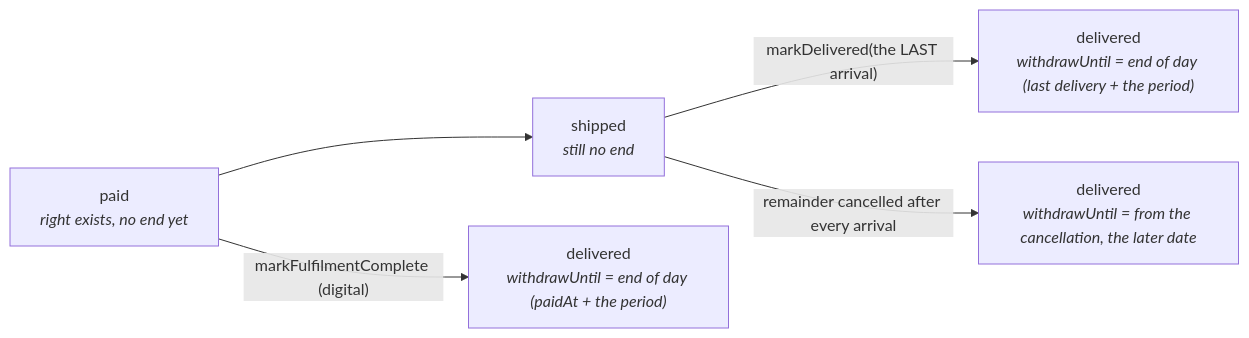
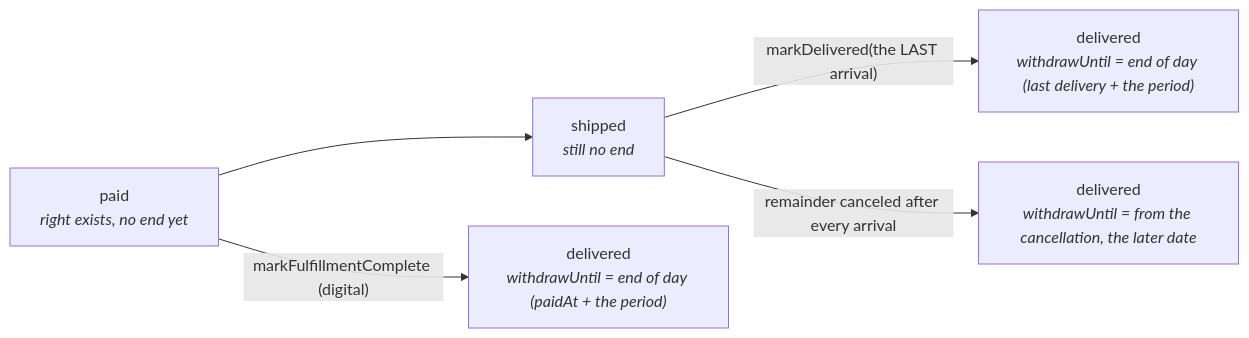
Before and after one commit to Guebbit/boilerplate-node-backend: the seventh of 9 diagrams in docs/modules/orders.md, drawn with Mermaid. The commit also changed other lines of this file and 301 other files, not shown here.

````diff
--- a/docs/modules/orders.md
+++ b/docs/modules/orders.md
@@ -579,7 +579,7 @@
 ```mermaid
 flowchart LR
     paid["paid<br/><i>right exists, no end yet</i>"] --> shipped["shipped<br/><i>still no end</i>"]
     shipped -- "markDelivered(the LAST arrival)" --> goods["delivered<br/><i>withdrawUntil = end of day (last delivery + the period)</i>"]
-    paid -- "markFulfilmentComplete (digital)" --> digital["delivered<br/><i>withdrawUntil = end of day (paidAt + the period)</i>"]
-    shipped -- "remainder cancelled after every arrival" --> late["delivered<br/><i>withdrawUntil = from the cancellation, the later date</i>"]
+    paid -- "markFulfillmentComplete (digital)" --> digital["delivered<br/><i>withdrawUntil = end of day (paidAt + the period)</i>"]
+    shipped -- "remainder canceled after every arrival" --> late["delivered<br/><i>withdrawUntil = from the cancellation, the later date</i>"]
 ```
````
